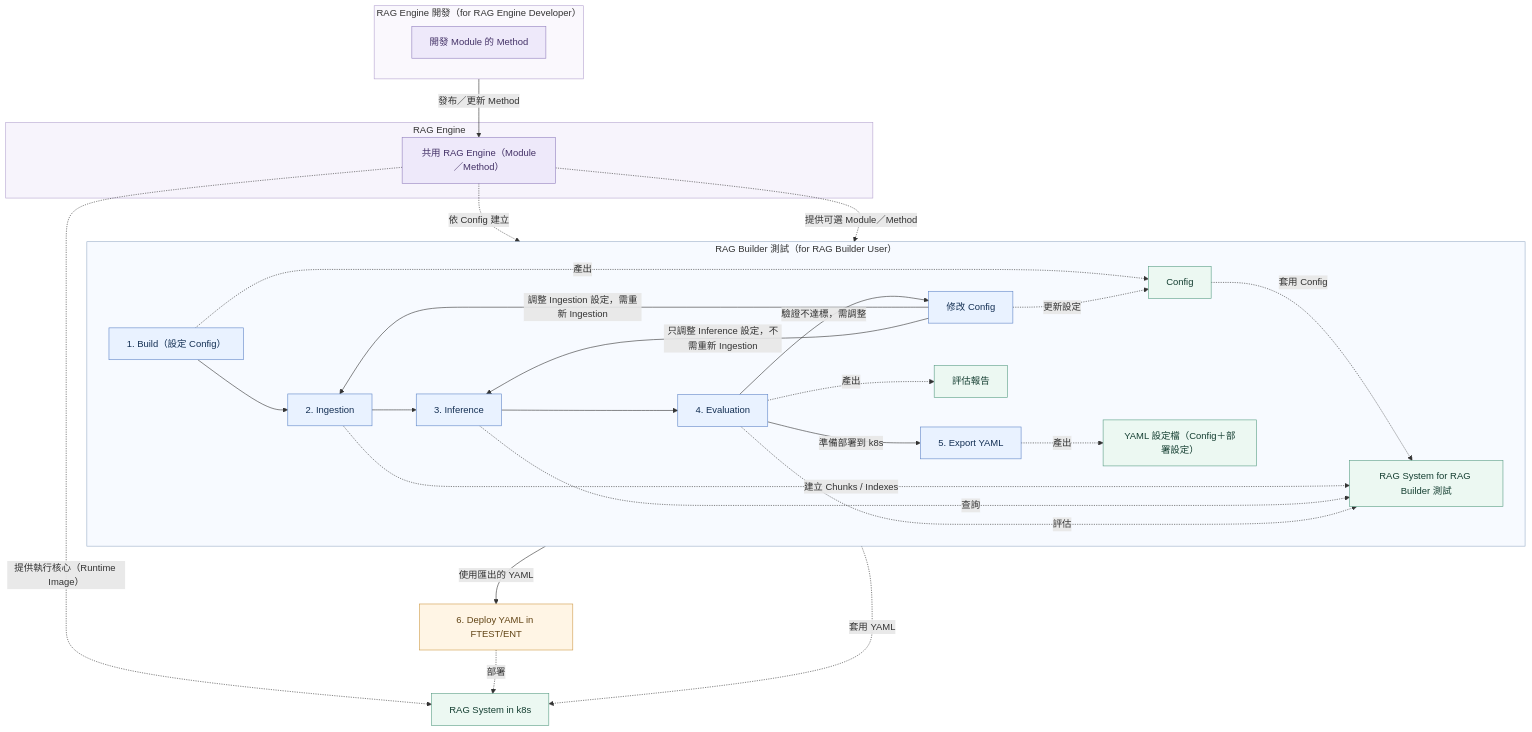
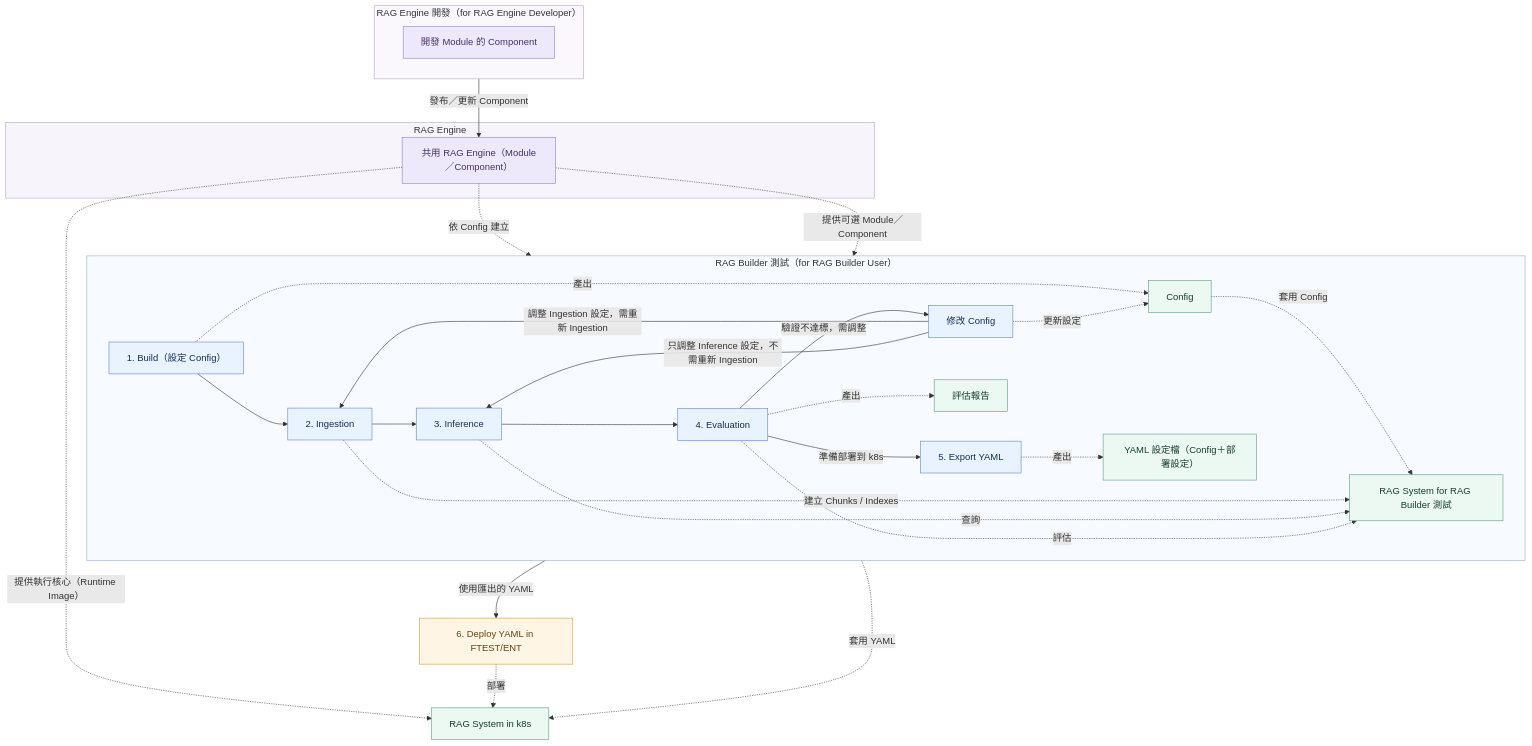
The diagram in diagrams/01_user_system_l1.mmd (SunnyWenwen/rag_platform), drawn with Mermaid before and after one commit. The commit also changed 14 other files, not shown here.

```diff
--- a/diagrams/01_user_system_l1.mmd
+++ b/diagrams/01_user_system_l1.mmd
@@ -1,59 +1,59 @@
 flowchart TB
     %% 節點與關係定義；三層固定版面見同名 SVG，PNG 由 SVG 產生。
     %% 上：RAG Builder 測試；中：共用 RAG Engine；下：RAG Engine 開發。
     %% Runtime API／Image 包裝見 02 Infra；本圖以 Engine 與設定建立 System 表達。
     subgraph BUILDER["RAG Builder 測試（for RAG Builder User）"]
         direction LR
         B["1. Build（設定 Config）"] --> I["2. Ingestion"]
         I --> Q["3. Inference"]
         Q --> E["4. Evaluation"]
         E -->|準備部署到 k8s| X["5. Export YAML"]
         E -->|驗證不達標，需調整| C["修改 Config"]
         C -->|調整 Ingestion 設定，需重新 Ingestion| I
         C -->|只調整 Inference 設定，不需重新 Ingestion| Q
 
         F["Config"]
         S["RAG System for RAG Builder 測試"]
         R["評估報告"]
         Y["YAML 設定檔（Config＋部署設定）"]
 
         B -. 產出 .-> F
         C -. 更新設定 .-> F
         F -. 套用 Config .-> S
         I -. "建立 Chunks / Indexes" .-> S
         Q -. 查詢 .-> S
         E -. 評估 .-> S
         E -. 產出 .-> R
         X -. 產出 .-> Y
     end
 
     D["6. Deploy YAML in FTEST/ENT"]
     K["RAG System in k8s"]
     X -->|使用匯出的 YAML| D
     D -. 部署 .-> K
     Y -. 套用 YAML .-> K
 
     subgraph ENGINE["RAG Engine"]
-        GE["共用 RAG Engine（Module／Method）"]
+        GE["共用 RAG Engine（Module／Component）"]
     end
     GE -. 依 Config 建立 .-> S
     GE -. "提供執行核心（Runtime Image）" .-> K
-    GE -. "提供可選 Module／Method" .-> B
+    GE -. "提供可選 Module／Component" .-> B
 
     subgraph DEVELOPMENT["RAG Engine 開發（for RAG Engine Developer）"]
         direction LR
-        M["開發 Module 的 Method"]
+        M["開發 Module 的 Component"]
     end
-    M -->|發布／更新 Method| GE
+    M -->|發布／更新 Component| GE
 
     classDef user fill:#e9f2ff,stroke:#6086c8,color:#143054
     classDef system fill:#ecf8f2,stroke:#599d85,color:#153f32
     classDef deploy fill:#fff5e5,stroke:#cf9b4a,color:#624516
     classDef engine fill:#eee9fa,stroke:#9380bf,color:#443267
     class B,I,Q,E,X,C user
     class F,S,R,Y,K system
     class D deploy
     class GE,M engine
     style BUILDER fill:#f7faff,stroke:#9aafc9
     style ENGINE fill:#f7f4fc,stroke:#b5a4d0
     style DEVELOPMENT fill:#faf8fd,stroke:#b5a4d0
```
